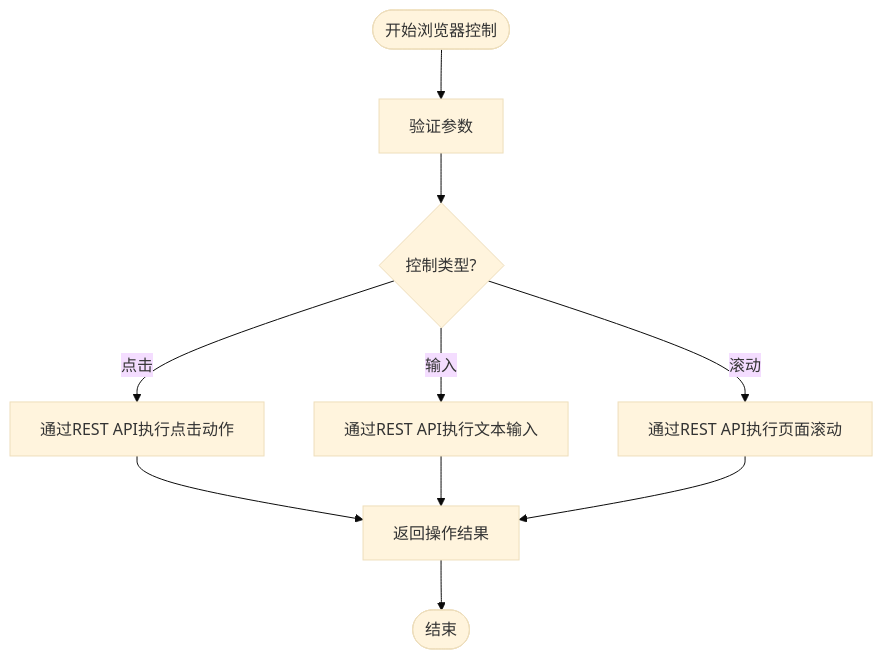
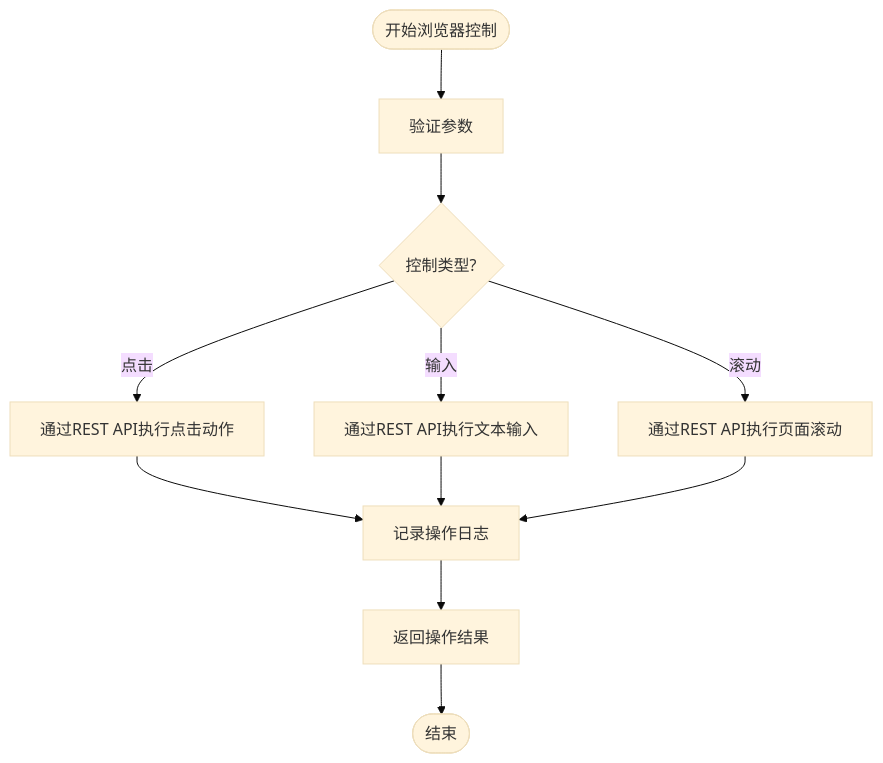
One commit to zhangdahai112/LocalManus changed the ninth of 16 diagrams in .qoder/repowiki/zh/content/技能管理系统/技能开发指南/WebTools 网络工具技能.md. Above: the diagram before and after it, drawn with Mermaid (base theme). The commit also changed other lines of this file and 7 other files, not shown here.

````diff
--- a/.qoder/repowiki/zh/content/技能管理系统/技能开发指南/WebTools 网络工具技能.md
+++ b/.qoder/repowiki/zh/content/技能管理系统/技能开发指南/WebTools 网络工具技能.md
@@ -372,12 +382,13 @@
 ```mermaid
 flowchart TD
 Start([开始浏览器控制]) --> ValidateParams["验证参数"]
 ValidateParams --> ControlType{"控制类型?"}
 ControlType --> |点击| ClickElement["通过REST API执行点击动作"]
 ControlType --> |输入| TypeText["通过REST API执行文本输入"]
 ControlType --> |滚动| ScrollPage["通过REST API执行页面滚动"]
-ClickElement --> ReturnResult["返回操作结果"]
-TypeText --> ReturnResult
-ScrollPage --> ReturnResult
+ClickElement --> LogAction["记录操作日志"]
+LogAction --> ReturnResult["返回操作结果"]
+TypeText --> LogAction
+ScrollPage --> LogAction
 ReturnResult --> End([结束])
 ```
````
